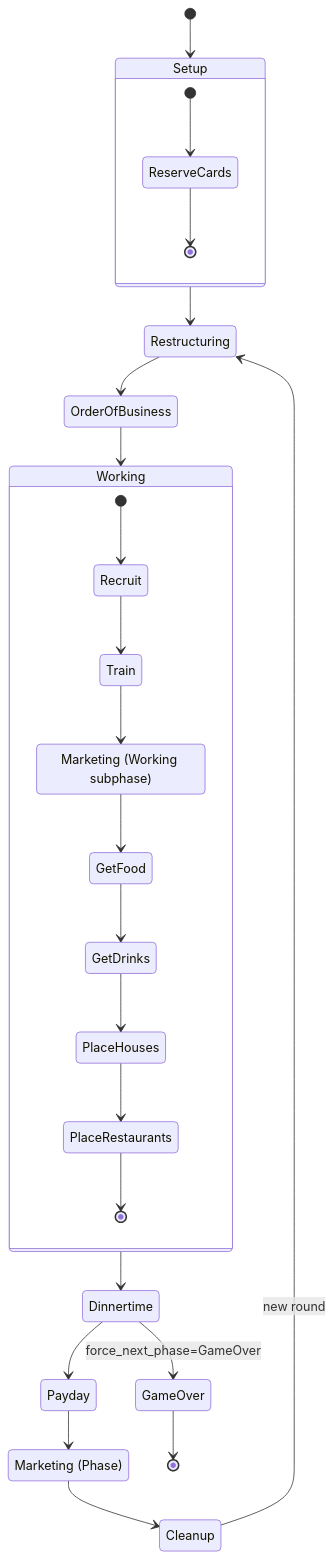
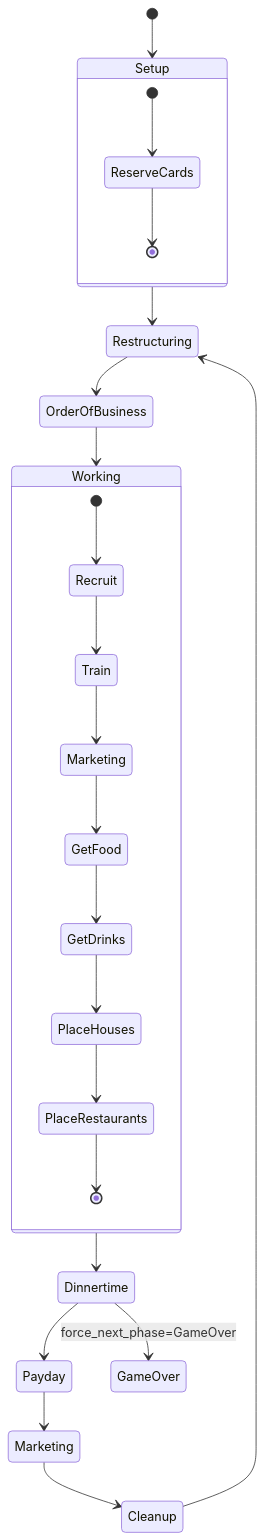
One commit to ygowill/food_chain_magnate changed the second of 2 diagrams in docs/architecture/00-system-overview.md. Above: the diagram before and after it, drawn with Mermaid. The commit also changed other lines of this file and 82 other files, not shown here.

Commit message:
docs: reorganize documentation structure and refresh architecture docs

````diff
--- a/docs/architecture/00-system-overview.md
+++ b/docs/architecture/00-system-overview.md
@@ -96,34 +97,30 @@
 ```mermaid
 stateDiagram-v2
-  %% 注意：Marketing 同时是 Working 子阶段名 & 独立阶段名；此图用别名避免 state id 冲突。
   [*] --> Setup
   state Setup {
     [*] --> ReserveCards
     ReserveCards --> [*]
   }
   Setup --> Restructuring
   Restructuring --> OrderOfBusiness
-
-  state "Marketing (Phase)" as MarketingPhase
+  OrderOfBusiness --> Working
 
   state Working {
-    state "Marketing (Working subphase)" as WorkingMarketing
     [*] --> Recruit
     Recruit --> Train
-    Train --> WorkingMarketing
-    WorkingMarketing --> GetFood
+    Train --> Marketing
+    Marketing --> GetFood
     GetFood --> GetDrinks
     GetDrinks --> PlaceHouses
     PlaceHouses --> PlaceRestaurants
     PlaceRestaurants --> [*]
   }
 
-  OrderOfBusiness --> Working
   Working --> Dinnertime
   Dinnertime --> Payday
   Payday --> MarketingPhase
+  state "Marketing" as MarketingPhase
   MarketingPhase --> Cleanup
-  Cleanup --> Restructuring : new round
+  Cleanup --> Restructuring
   Dinnertime --> GameOver : force_next_phase=GameOver
-  GameOver --> [*]
 ```
````
